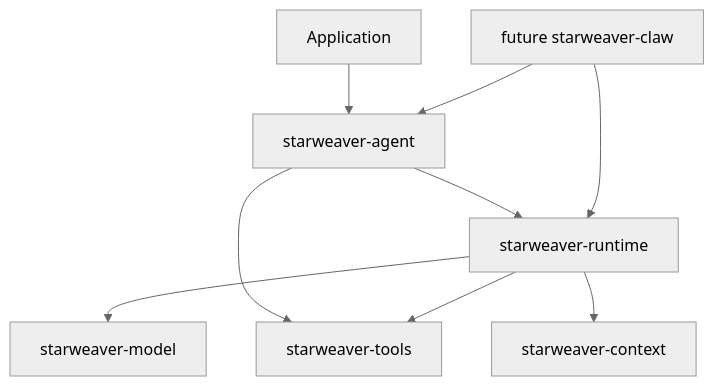
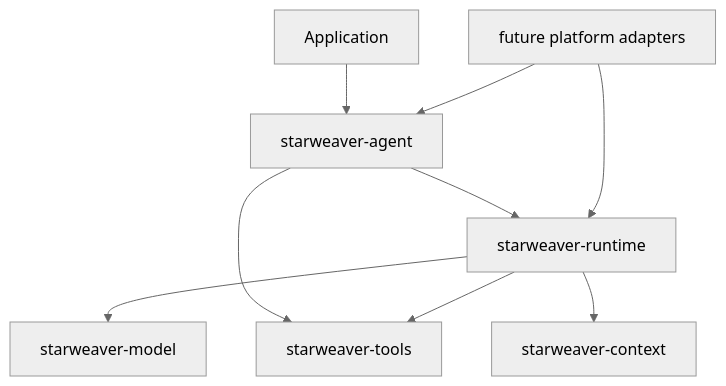
One commit to Wh1isper/starweaver changed the diagram in docs/index.md. Above: the diagram before and after it, drawn with Mermaid (neutral theme). The commit also changed 216 other files, not shown here.

First line of the commit message:
feat: add SDK primitives and remove Claw service

````diff
--- a/docs/index.md
+++ b/docs/index.md
@@ -7,19 +7,19 @@
 ```mermaid
 flowchart TD
     app[Application]
     sdk[starweaver-agent]
     runtime[starweaver-runtime]
     model[starweaver-model]
     tools[starweaver-tools]
     context[starweaver-context]
-    service[future starweaver-claw]
+    platform[future platform adapters]
 
     app --> sdk
     sdk --> runtime
     sdk --> tools
     runtime --> model
     runtime --> tools
     runtime --> context
-    service --> sdk
-    service --> runtime
+    platform --> sdk
+    platform --> runtime
 ```
````
